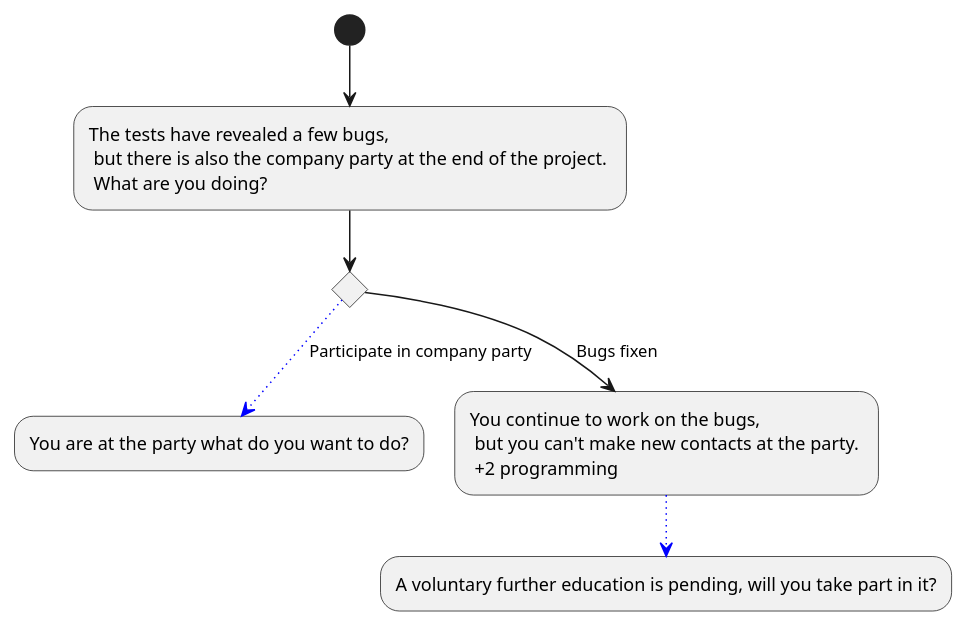
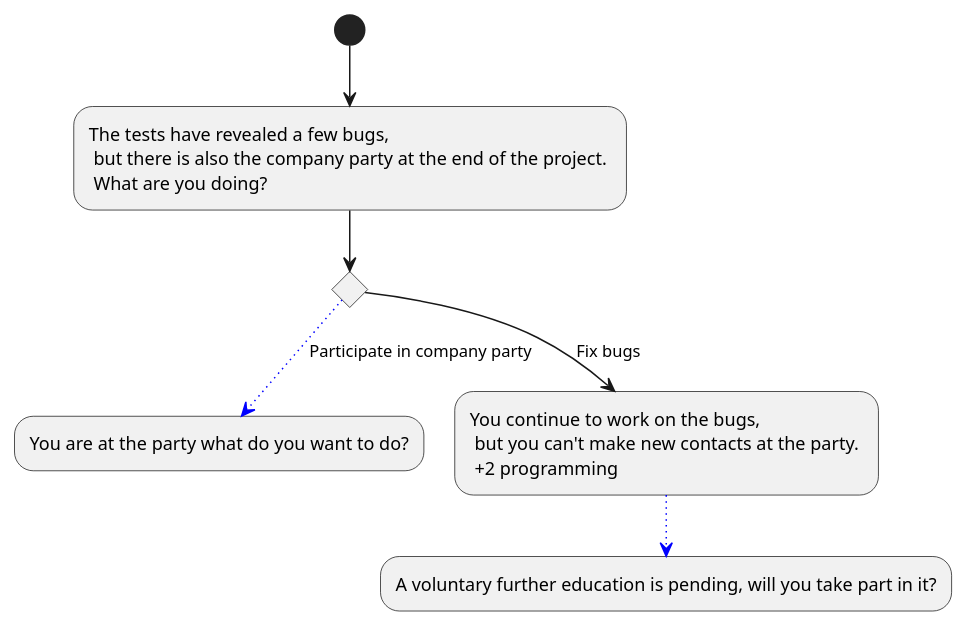
One commit to Brotenko/QualityQuest changed the diagram in Docs/Technical Specifications/docs/diagrams/StoryFlow/StoryFlow_Decision_6.puml. Above: the diagram before and after it, drawn with PlantUML.

Commit message:
Update Docs/Technical Specifications/docs/diagrams/StoryFlow/StoryFlow_Decision_6.puml

```diff
--- a/Docs/Technical Specifications/docs/diagrams/StoryFlow/StoryFlow_Decision_6.puml
+++ b/Docs/Technical Specifications/docs/diagrams/StoryFlow/StoryFlow_Decision_6.puml
@@ -1,9 +1,9 @@
 @startuml
 (*) --> "The tests have revealed a few bugs, \n but there is also the company party at the end of the project. \n What are you doing?"
 if "" then 
 -[#blue,dotted]-> [Participate in company party] "You are at the party what do you want to do?"
 else 
---> [Bugs fixen] "You continue to work on the bugs, \n but you can't make new contacts at the party. \n +2 programming"
+--> [Fix bugs] "You continue to work on the bugs, \n but you can't make new contacts at the party. \n +2 programming"
 -[#blue,dotted]-> "A voluntary further education is pending, will you take part in it?"
 
 @enduml
```
